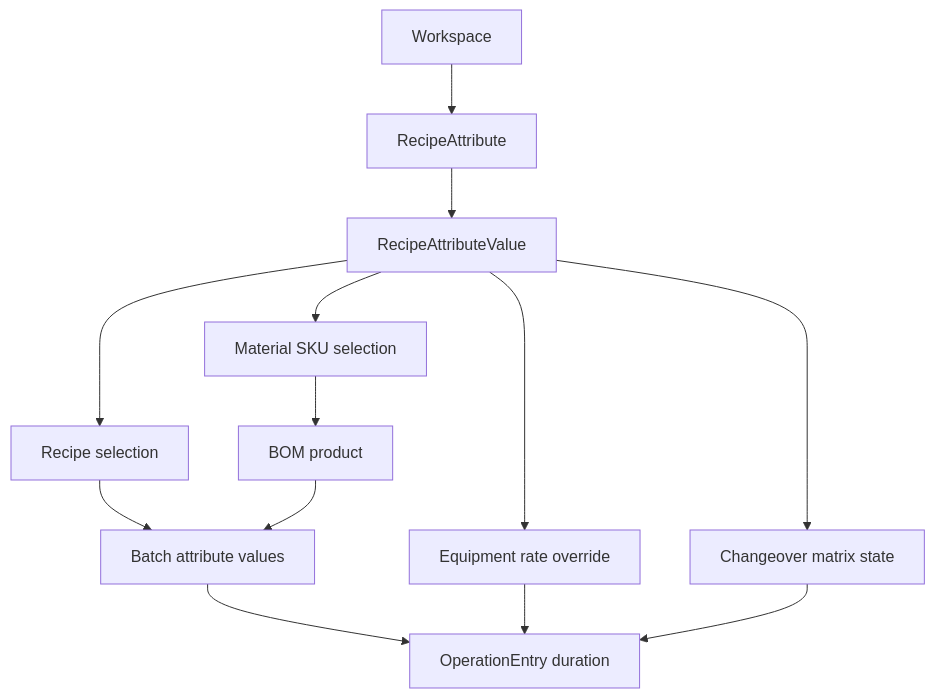
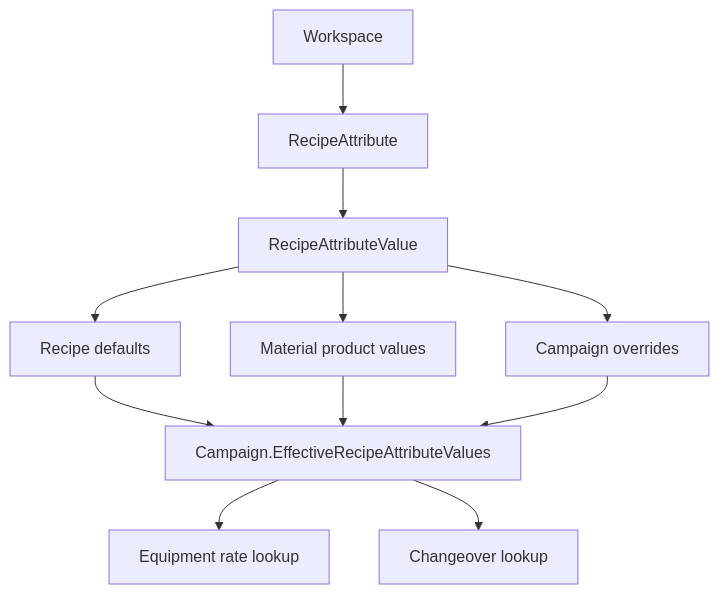
The diagram in Notes/Intelligen/Engineering/Domains/Recipe Attributes.md (mtimoleon/notebook), drawn with Mermaid before and after one commit. The commit also changed other lines of this file and 10 other files, not shown here.

````diff
--- a/Notes/Intelligen/Engineering/Domains/Recipe Attributes.md
+++ b/Notes/Intelligen/Engineering/Domains/Recipe Attributes.md
@@ -32,15 +34,13 @@
 ```mermaid
 flowchart TD
     Workspace["Workspace"] --> Attribute["RecipeAttribute"]
     Attribute --> Value["RecipeAttributeValue"]
-    Value --> Recipe["Recipe selection"]
-    Value --> Material["Material SKU selection"]
-    Value --> Equipment["Equipment rate override"]
-    Value --> Matrix["Changeover matrix state"]
-    Recipe --> Batch["Batch attribute values"]
-    Material --> Bom["BOM product"]
-    Bom --> Batch
-    Batch --> Duration["OperationEntry duration"]
-    Equipment --> Duration
-    Matrix --> Duration
+    Value --> Recipe["Recipe defaults"]
+    Value --> Material["Material product values"]
+    Value --> Campaign["Campaign overrides"]
+    Recipe --> Effective["Campaign.EffectiveRecipeAttributeValues"]
+    Material --> Effective
+    Campaign --> Effective
+    Effective --> Equipment["Equipment rate lookup"]
+    Effective --> Matrix["Changeover lookup"]
 ```
````
